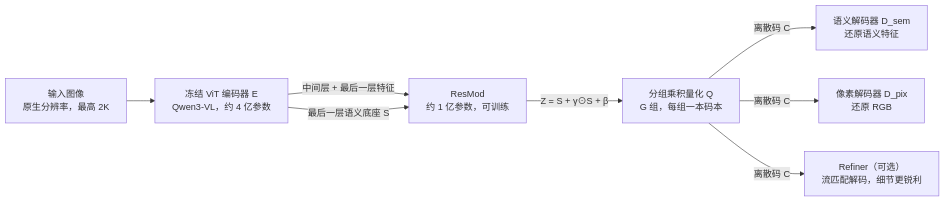
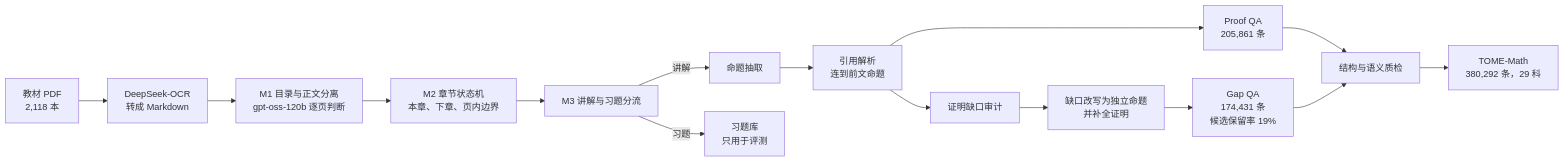
Before and after one commit to yingwang/paper-reads: the second of 4 diagrams in docs/index.md, drawn with Mermaid. The commit also changed other lines of this file and 2 other files, not shown here.

First line of the commit message:
Add 2026-11-12-tome-math-structured-textbook-proof-supervision

````diff
--- a/docs/index.md
+++ b/docs/index.md
@@ -98,10 +135,17 @@
 ```mermaid
-flowchart LR
-    X["输入图像<br/>原生分辨率，最高 2K"] --> E["冻结 ViT 编码器 E<br/>Qwen3-VL，约 4 亿参数"]
-    E -->|"中间层 + 最后一层特征"| R["ResMod<br/>约 1 亿参数，可训练"]
-    E -->|"最后一层语义底座 S"| R
-    R -->|"Z = S + γ⊙S + β"| Q["分组乘积量化 Q<br/>G 组，每组一本码本"]
-    Q -->|"离散码 C"| DS["语义解码器 D_sem<br/>还原语义特征"]
-    Q -->|"离散码 C"| DP["像素解码器 D_pix<br/>还原 RGB"]
-    Q -->|"离散码 C"| RF["Refiner（可选）<br/>流匹配解码，细节更锐利"]
+graph LR
+  P["教材 PDF<br/>2,118 本"] --> O["DeepSeek-OCR<br/>转成 Markdown"]
+  O --> T["M1 目录与正文分离<br/>gpt-oss-120b 逐页判断"]
+  T --> S["M2 章节状态机<br/>本章、下章、页内边界"]
+  S --> X["M3 讲解与习题分流"]
+  X -->|讲解| E1["命题抽取"]
+  X -->|习题| R["习题库<br/>只用于评测"]
+  E1 --> E2["引用解析<br/>连到前文命题"]
+  E2 --> PQ["Proof QA<br/>205,861 条"]
+  E2 --> E3["证明缺口审计"]
+  E3 --> E4["缺口改写为独立命题<br/>并补全证明"]
+  E4 --> GQ["Gap QA<br/>174,431 条<br/>候选保留率 19%"]
+  PQ --> Q["结构与语义质检"]
+  GQ --> Q
+  Q --> D["TOME-Math<br/>380,292 条，29 科"]
 ```
````
